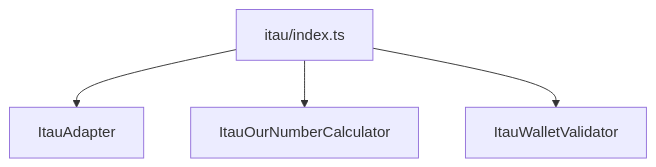
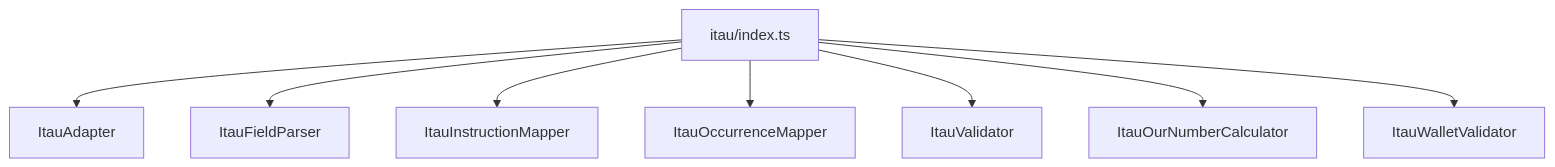
Before and after one commit to linkiez/BoletoSDK: the diagram in src/adapters/itau/index.doc.md, drawn with Mermaid. The commit also changed other lines of this file and 28 other files, not shown here.

````diff
--- a/src/adapters/itau/index.doc.md
+++ b/src/adapters/itau/index.doc.md
@@ -26,6 +30,10 @@
 ```mermaid
 flowchart TD
   A[itau/index.ts] --> B[ItauAdapter]
-  A --> C[ItauOurNumberCalculator]
-  A --> D[ItauWalletValidator]
+  A --> C[ItauFieldParser]
+  A --> D[ItauInstructionMapper]
+  A --> E[ItauOccurrenceMapper]
+  A --> F[ItauValidator]
+  A --> G[ItauOurNumberCalculator]
+  A --> H[ItauWalletValidator]
 ```
````
